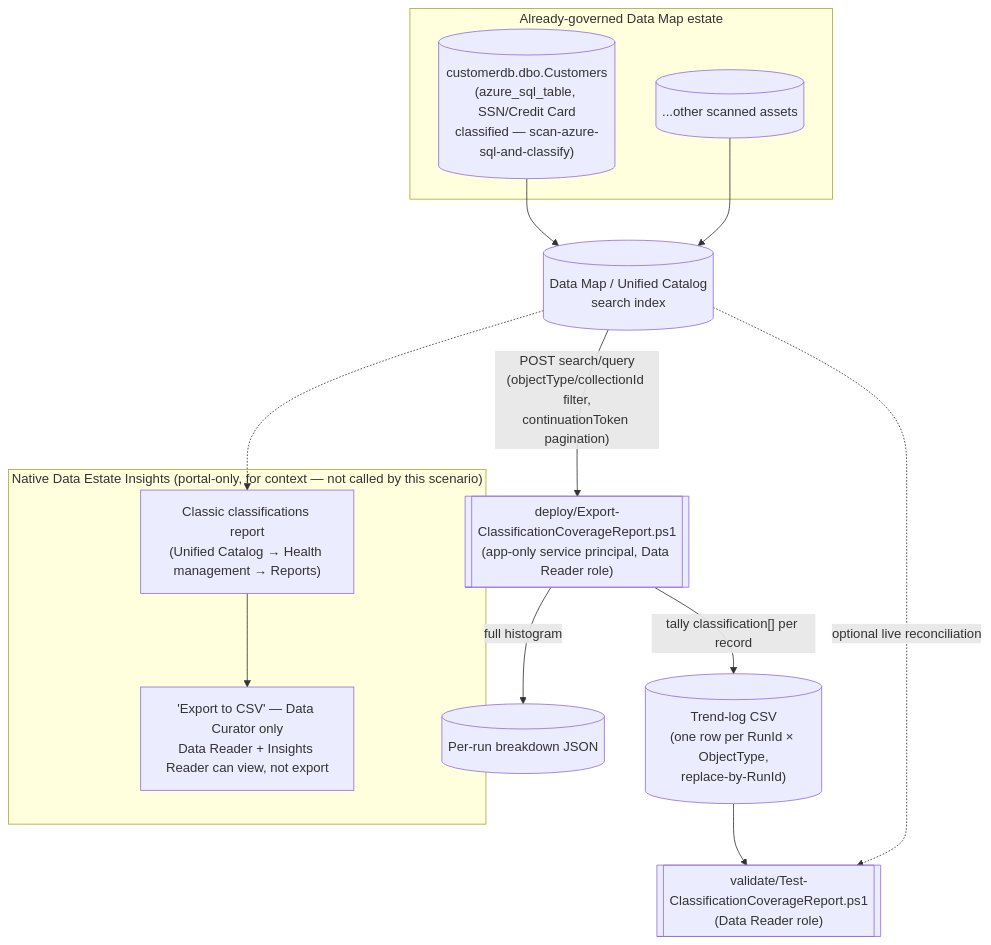
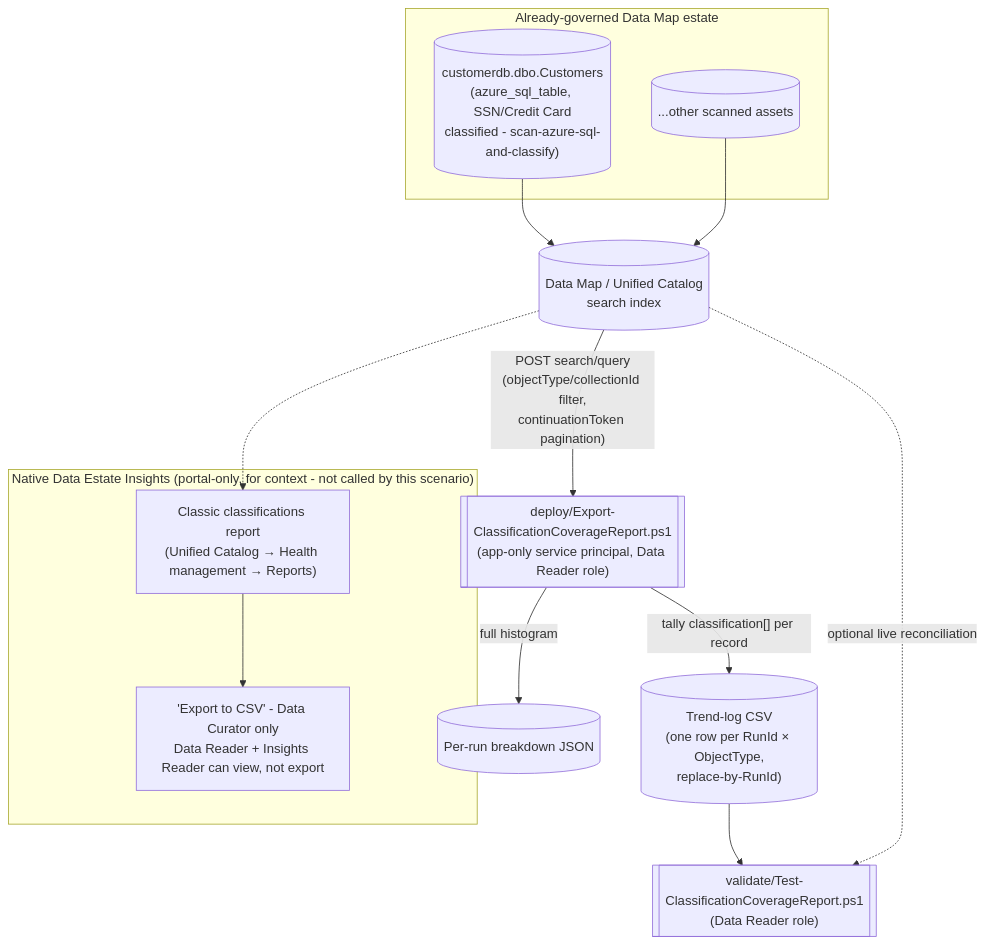
Before and after one commit to kpsec1/purview-scenario-library: the diagram in scenarios/data-estate-insights/classification-coverage-report/README.md, drawn with Mermaid. The commit also changed other lines of this file and 451 other files, not shown here.

````diff
--- a/scenarios/data-estate-insights/classification-coverage-report/README.md
+++ b/scenarios/data-estate-insights/classification-coverage-report/README.md
@@ -62,27 +62,27 @@
 ```mermaid
 flowchart TD
-    subgraph Native["Native Data Estate Insights (portal-only, for context — not called by this scenario)"]
+    subgraph Native["Native Data Estate Insights (portal-only, for context - not called by this scenario)"]
         Insights["Classic classifications report<br/>(Unified Catalog → Health management → Reports)"]
-        ExportGate["'Export to CSV' — Data Curator only<br/>Data Reader + Insights Reader can view, not export"]
+        ExportGate["'Export to CSV' - Data Curator only<br/>Data Reader + Insights Reader can view, not export"]
         Insights --> ExportGate
     end
 
     subgraph Estate["Already-governed Data Map estate"]
-        Asset[("customerdb.dbo.Customers<br/>(azure_sql_table, SSN/Credit Card<br/>classified — scan-azure-sql-and-classify)")]
+        Asset[("customerdb.dbo.Customers<br/>(azure_sql_table, SSN/Credit Card<br/>classified - scan-azure-sql-and-classify)")]
         Other[("...other scanned assets")]
     end
 
     Index[("Data Map / Unified Catalog<br/>search index")]
     Asset --> Index
     Other --> Index
     Index -.-> Insights
 
     Report[["deploy/Export-ClassificationCoverageReport.ps1<br/>(app-only service principal, Data Reader role)"]]
     Index -- "POST search/query<br/>(objectType/collectionId filter,<br/>continuationToken pagination)" --> Report
     Report -- "tally classification[] per record" --> Trend[("Trend-log CSV<br/>(one row per RunId × ObjectType,<br/>replace-by-RunId)")]
     Report -- "full histogram" --> Breakdown[("Per-run breakdown JSON")]
 
     Validator[["validate/Test-ClassificationCoverageReport.ps1<br/>(Data Reader role)"]]
     Trend --> Validator
     Index -. "optional live reconciliation" .-> Validator
 ```
````
